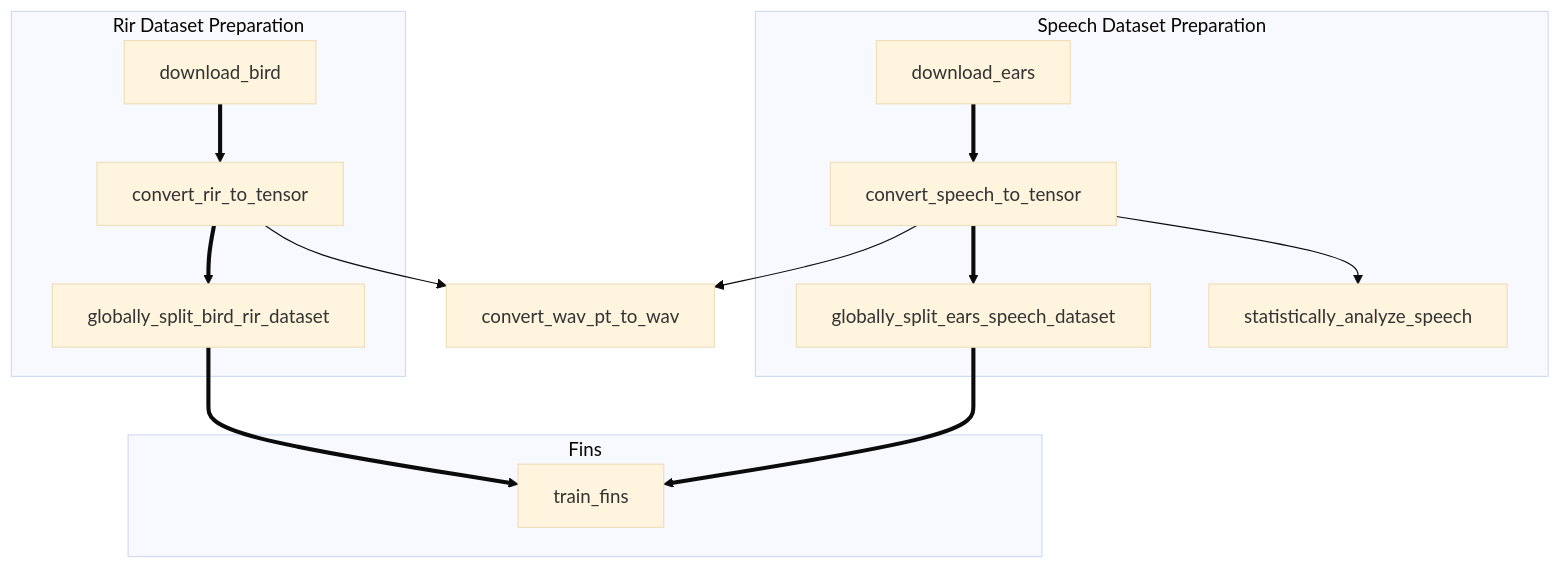
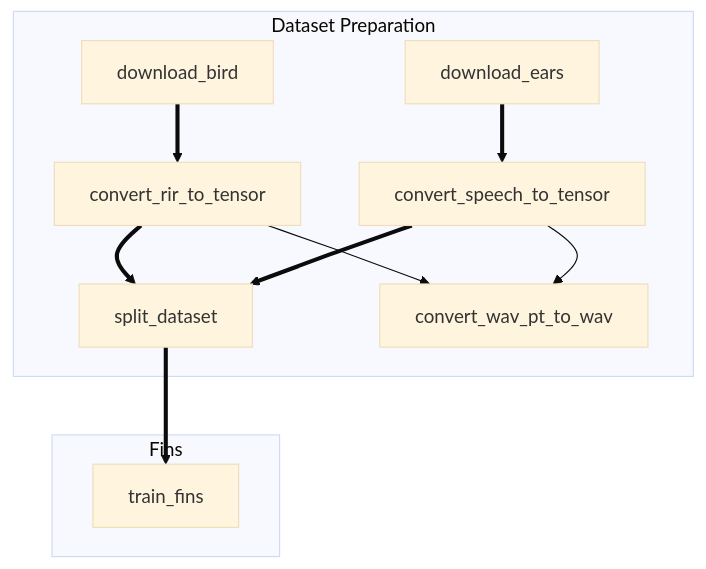
One commit to yueyinqiu/Dereverbic-Legacy changed the diagram in README.md. Above: the diagram before and after it, drawn with Mermaid (base theme). The commit also changed other lines of this file and 10 other files, not shown here.

````diff
--- a/README.md
+++ b/README.md
@@ -29,29 +29,20 @@
 ```mermaid
 flowchart TB
 
-subgraph Rir Dataset Preparation
+subgraph Dataset Preparation
     download_bird
-    
     download_bird ==> convert_rir_to_tensor
-    
-    convert_rir_to_tensor ==> globally_split_bird_rir_dataset
-end
+    convert_rir_to_tensor ==> split_dataset
 
-subgraph Speech Dataset Preparation
     download_ears
-
     download_ears ==> convert_speech_to_tensor
-
-    convert_speech_to_tensor ==> globally_split_ears_speech_dataset
-
-    convert_speech_to_tensor --> statistically_analyze_speech
-end
+    convert_speech_to_tensor ==> split_dataset
 
     convert_rir_to_tensor --> convert_wav_pt_to_wav
     convert_speech_to_tensor --> convert_wav_pt_to_wav
+end
 
 subgraph Fins
-    globally_split_bird_rir_dataset ==> train_fins
-    globally_split_ears_speech_dataset ==> train_fins
+    split_dataset ==> train_fins
 end
 ```
````
